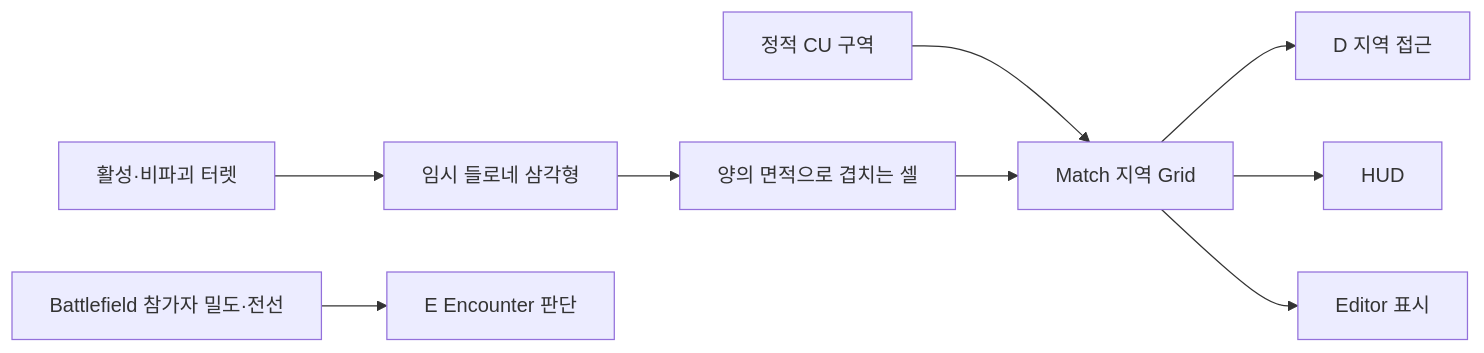
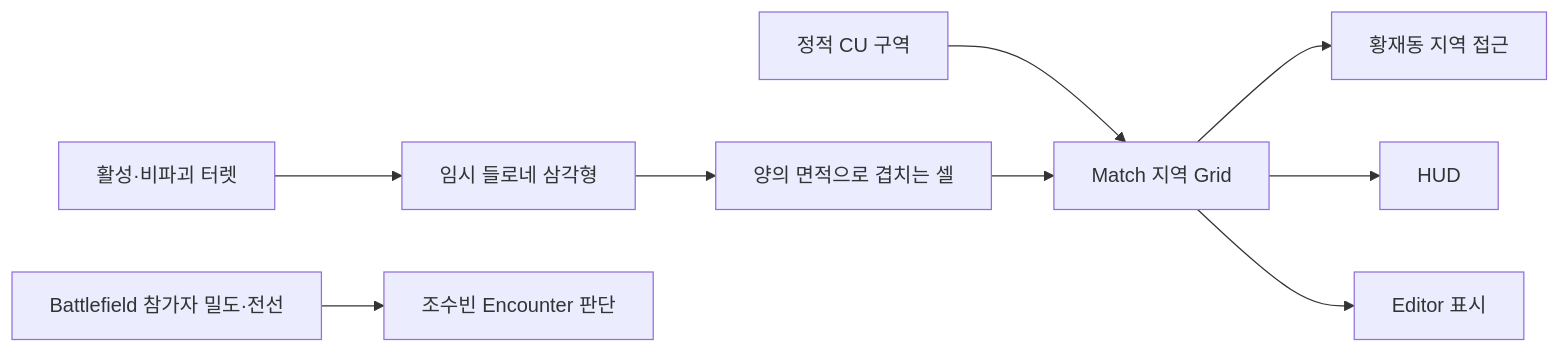
The diagram in Docs/architecture/core-sprint-region-and-request-api.md (Team-HJD-21/unity-6-the-developer), drawn with Mermaid before and after one commit. The commit also changed other lines of this file and 26 other files, not shown here.

````diff
--- a/Docs/architecture/core-sprint-region-and-request-api.md
+++ b/Docs/architecture/core-sprint-region-and-request-api.md
@@ -18,11 +18,11 @@
 ```mermaid
 flowchart LR
   S[정적 CU 구역] --> R[Match 지역 Grid]
   T[활성·비파괴 터렛] --> G[임시 들로네 삼각형]
   G --> C[양의 면적으로 겹치는 셀]
   C --> R
-  R --> D[D 지역 접근]
+  R --> D[황재동 지역 접근]
   R --> H[HUD]
   R --> E[Editor 표시]
-  B[Battlefield 참가자 밀도·전선] --> N[E Encounter 판단]
+  B[Battlefield 참가자 밀도·전선] --> N[조수빈 Encounter 판단]
 ```
````
